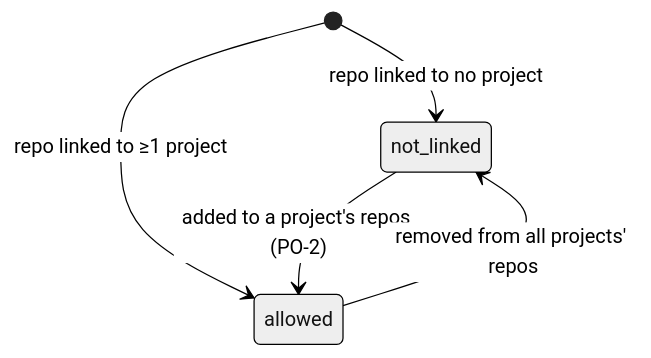
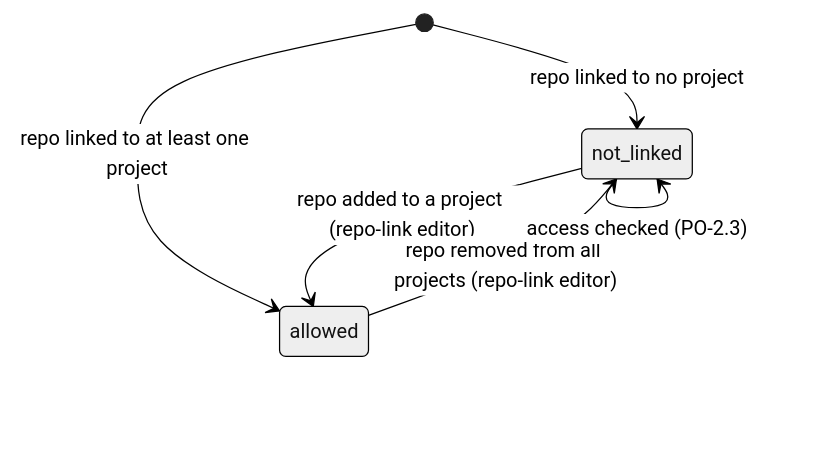
The diagram in docs/features/personal-only/states.md (nnminh-sam/my-pm-agent), drawn with Mermaid (neutral theme) before and after one commit. The commit also changed other lines of this file and 3 other files, not shown here.

````diff
--- a/docs/features/personal-only/states.md
+++ b/docs/features/personal-only/states.md
@@ -7,7 +9,8 @@
 ```mermaid
 stateDiagram-v2
   [*] --> not_linked: repo linked to no project
-  [*] --> allowed: repo linked to ≥1 project
-  not_linked --> allowed: added to a project's repos (PO-2)
-  allowed --> not_linked: removed from all projects' repos
+  [*] --> allowed: repo linked to at least one project
+  not_linked --> allowed: repo added to a project (repo-link editor)
+  allowed --> not_linked: repo removed from all projects (repo-link editor)
+  not_linked --> not_linked: access checked (PO-2.3)
 ```
````
